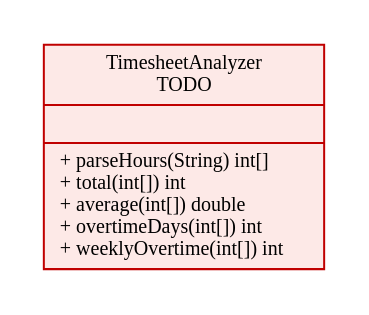
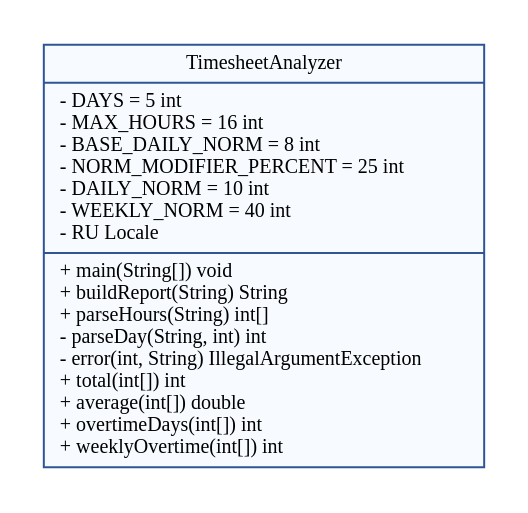
One commit to svpeditor/pr5-klimashevskiy-da changed the diagram in diagrams/class.dot. Above: the diagram before and after it, drawn with Graphviz. The commit also changed 3 other files, not shown here.

Commit message:
Диаграммы activity и классов для итогового решения

```diff
--- a/diagrams/class.dot
+++ b/diagrams/class.dot
@@ -1,6 +1,6 @@
 digraph C {
 graph [rankdir=TB, bgcolor="white", pad=0.2, nodesep=0.35, ranksep=0.4];
 node [shape=record, style="filled", fontname="Times New Roman", fontsize=10, color="#2F5597", fillcolor="#F7FBFF"];
 edge [fontname="Times New Roman", fontsize=9, color="#555555"];
-a [label="{TimesheetAnalyzer\nTODO||+ parseHours(String) int[]\l+ total(int[]) int\l+ average(int[]) double\l+ overtimeDays(int[]) int\l+ weeklyOvertime(int[]) int\l}", fillcolor="#FDE9E7", color="#C00000"];
+a [label="{TimesheetAnalyzer|- DAYS = 5 int\l- MAX_HOURS = 16 int\l- BASE_DAILY_NORM = 8 int\l- NORM_MODIFIER_PERCENT = 25 int\l- DAILY_NORM = 10 int\l- WEEKLY_NORM = 40 int\l- RU Locale\l|+ main(String[]) void\l+ buildReport(String) String\l+ parseHours(String) int[]\l- parseDay(String, int) int\l- error(int, String) IllegalArgumentException\l+ total(int[]) int\l+ average(int[]) double\l+ overtimeDays(int[]) int\l+ weeklyOvertime(int[]) int\l}"];
 }
```
